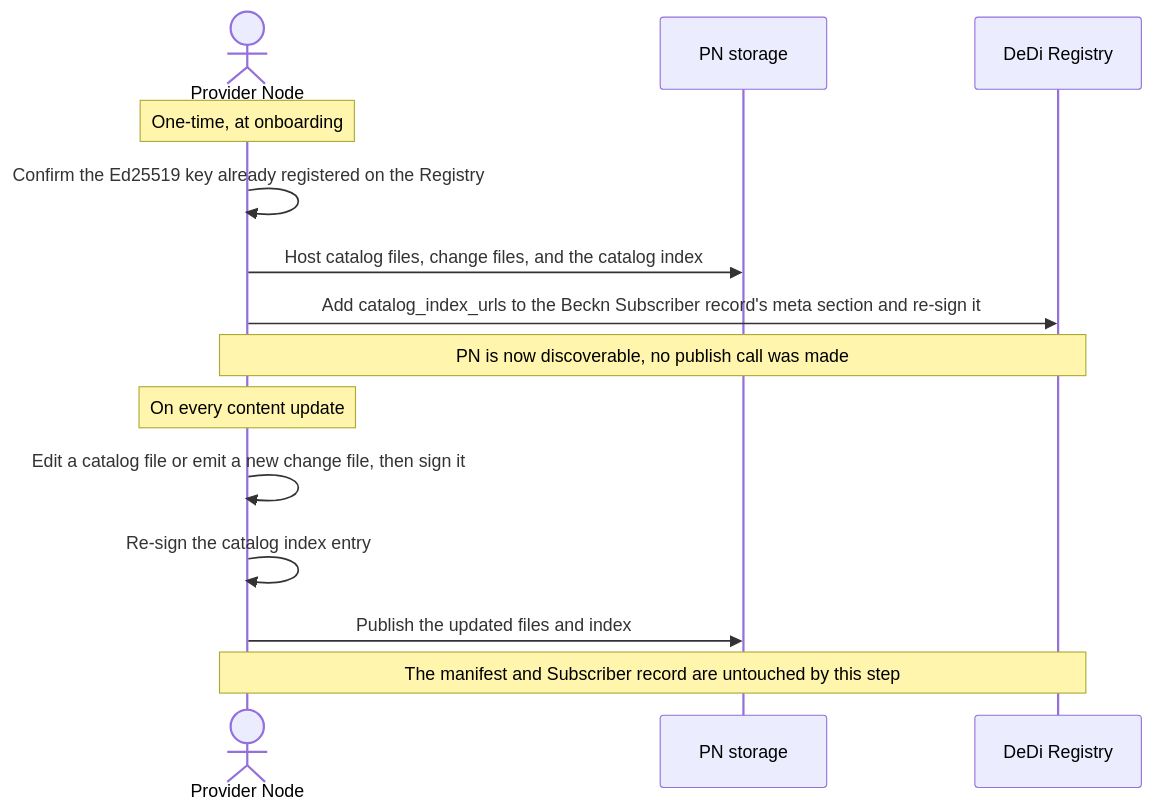
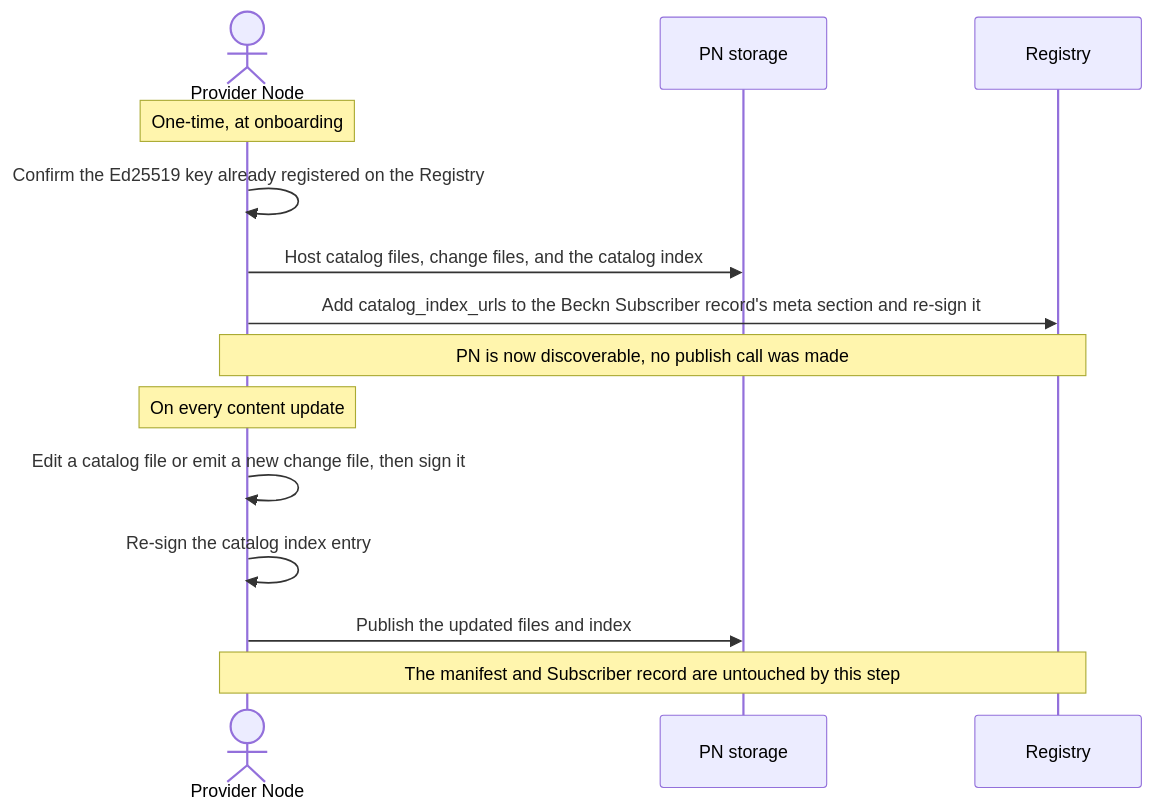
One commit to beckn/protocol-specifications-v2 changed the first of 3 diagrams in docs/Catalog_Publishing_and_Discovery.md. Above: the diagram before and after it, drawn with Mermaid. The commit also changed other lines of this file, not shown here.

````diff
--- a/docs/Catalog_Publishing_and_Discovery.md
+++ b/docs/Catalog_Publishing_and_Discovery.md
@@ -172,18 +144,18 @@
 ```mermaid
 sequenceDiagram
     actor PN as Provider Node
     participant Store as PN storage
-    participant DeDi as DeDi Registry
+    participant Reg as Registry
 
     Note over PN: One-time, at onboarding
     PN->>PN: Confirm the Ed25519 key already registered on the Registry
     PN->>Store: Host catalog files, change files, and the catalog index
-    PN->>DeDi: Add catalog_index_urls to the Beckn Subscriber record's meta section and re-sign it
-    Note over PN,DeDi: PN is now discoverable, no publish call was made
+    PN->>Reg: Add catalog_index_urls to the Beckn Subscriber record's meta section and re-sign it
+    Note over PN,Reg: PN is now discoverable, no publish call was made
 
     Note over PN: On every content update
     PN->>PN: Edit a catalog file or emit a new change file, then sign it
     PN->>PN: Re-sign the catalog index entry
     PN->>Store: Publish the updated files and index
-    Note over PN,DeDi: The manifest and Subscriber record are untouched by this step
+    Note over PN,Reg: The manifest and Subscriber record are untouched by this step
 ```
````
